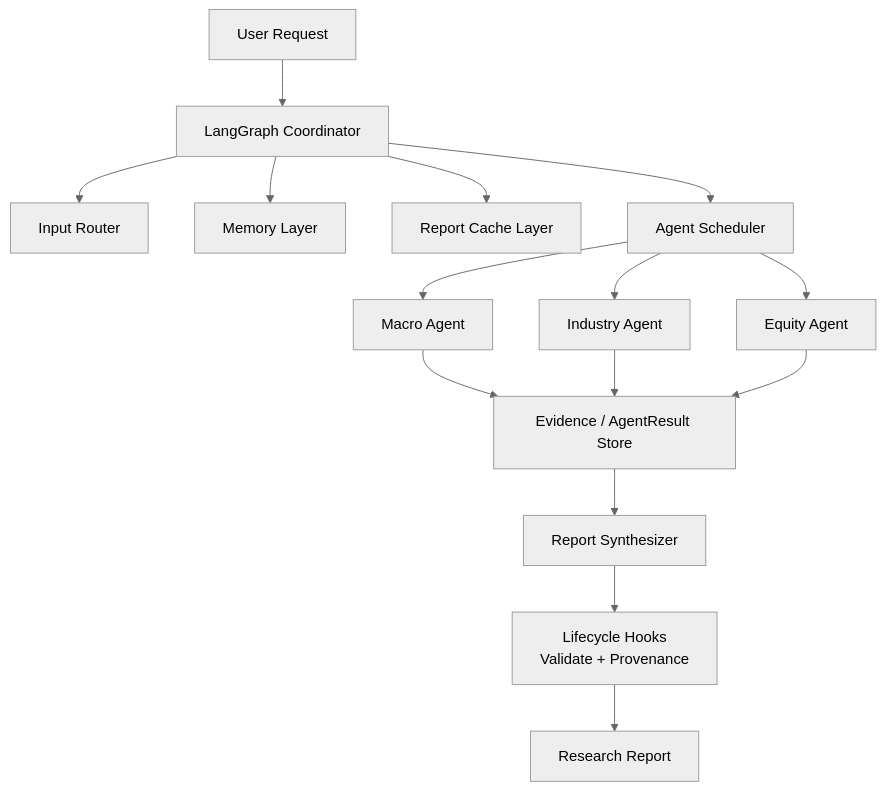
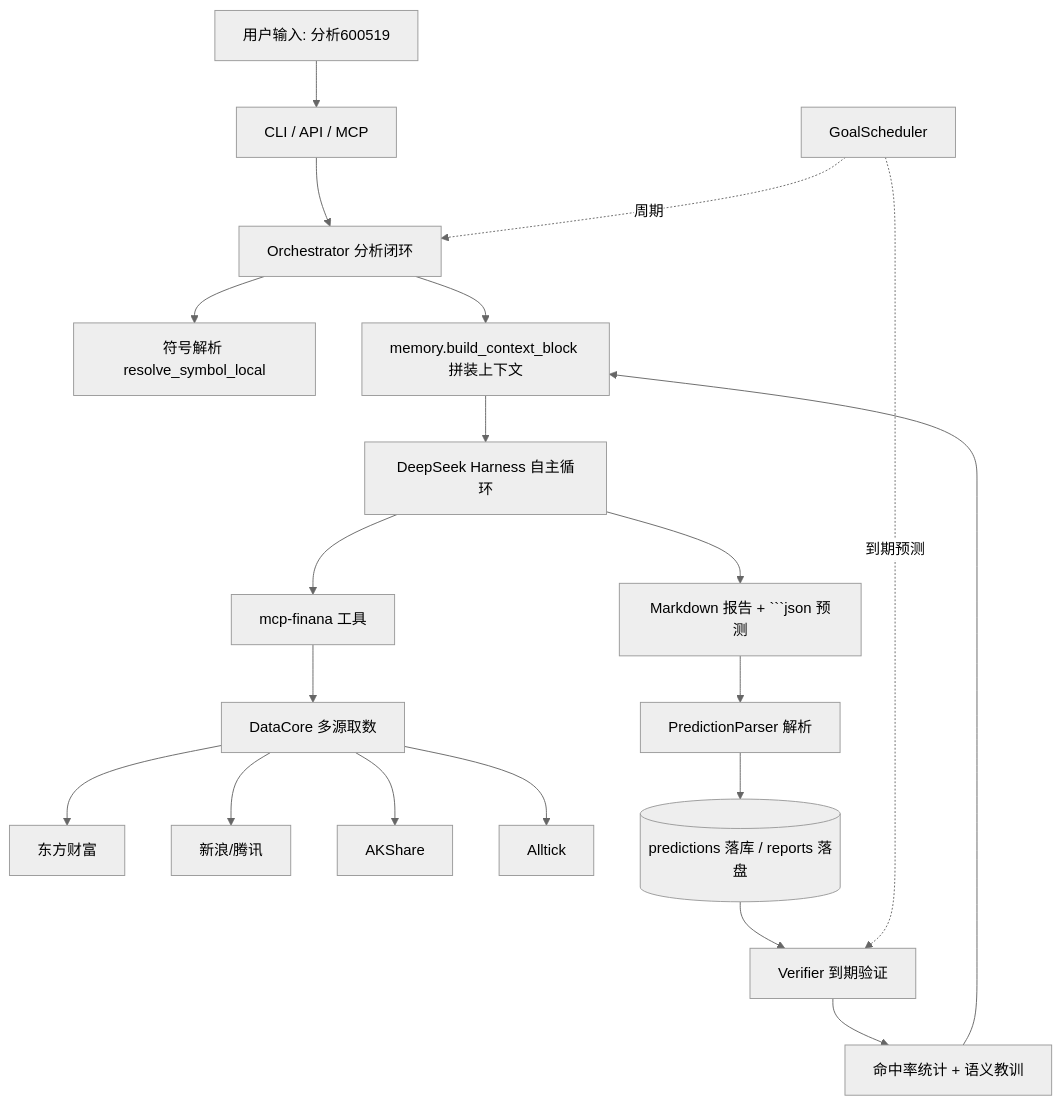
The diagram in README.md (sudahang/FinAna), drawn with Mermaid (neutral theme) before and after one commit. The commit also changed other lines of this file, not shown here.

Commit message:
docs: rewrite README for v2 (architecture + how to run)

````diff
--- a/README.md
+++ b/README.md
@@ -130,17 +29,19 @@
 ```mermaid
 flowchart TD
-    UserRequest[User Request] --> Coordinator[LangGraph Coordinator]
-    Coordinator --> IntentRouter[Input Router]
-    Coordinator --> MemoryLayer[Memory Layer]
-    Coordinator --> CacheLayer[Report Cache Layer]
-    Coordinator --> AgentScheduler[Agent Scheduler]
-    AgentScheduler --> MacroAgent[Macro Agent]
-    AgentScheduler --> IndustryAgent[Industry Agent]
-    AgentScheduler --> EquityAgent[Equity Agent]
-    MacroAgent --> EvidenceStore[Evidence / AgentResult Store]
-    IndustryAgent --> EvidenceStore
-    EquityAgent --> EvidenceStore
-    EvidenceStore --> ReportComposer[Report Synthesizer]
-    ReportComposer --> ComplianceHook[Lifecycle Hooks\nValidate + Provenance]
-    ComplianceHook --> ResearchReport[Research Report]
+    User[用户输入: 分析600519] --> CLI[CLI / API / MCP]
+    CLI --> Orchestrator[Orchestrator 分析闭环]
+    Orchestrator --> Resolve[符号解析 resolve_symbol_local]
+    Orchestrator --> Context[memory.build_context_block 拼装上下文]
+    Context --> Harness[DeepSeek Harness 自主循环]
+    Harness --> MCP[mcp-finana 工具]
+    MCP --> DataCore[DataCore 多源取数]
+    DataCore --> EM[东方财富] & ST[新浪/腾讯] & AK[AKShare] & AT[Alltick]
+    Harness --> Report[Markdown 报告 + ```json 预测]
+    Report --> Parser[PredictionParser 解析]
+    Parser --> Store[(predictions 落库 / reports 落盘)]
+    Store --> Verifier[Verifier 到期验证]
+    Verifier --> Memory[命中率统计 + 语义教训]
+    Memory --> Context
+    Scheduler[GoalScheduler] -.周期.-> Orchestrator
+    Scheduler -.到期预测.-> Verifier
 ```
````
